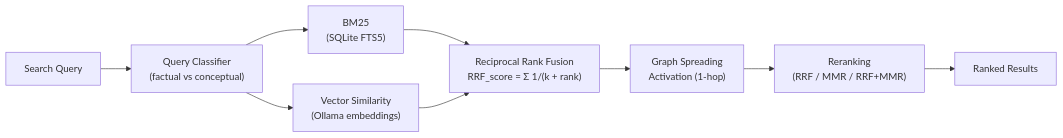
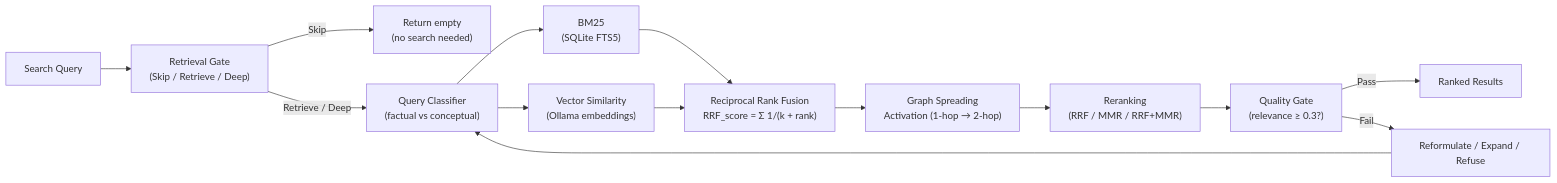
Before and after one commit to elisplash/paw: the second of 5 diagrams in ENGRAM.md, drawn with Mermaid. The commit also changed other lines of this file, not shown here.

First line of the commit message:
docs(engram): update Architecture Overview + Hybrid Search mermaid charts

````diff
--- a/ENGRAM.md
+++ b/ENGRAM.md
@@ -240,11 +280,16 @@
 ```mermaid
 flowchart LR
-    Q["Search Query"] --> CL["Query Classifier\n(factual vs conceptual)"]
+    Q["Search Query"] --> RG["Retrieval Gate\n(Skip / Retrieve / Deep)"]
+    RG -- Skip --> SKIP["Return empty\n(no search needed)"]
+    RG -- Retrieve / Deep --> CL["Query Classifier\n(factual vs conceptual)"]
     CL --> BM["BM25\n(SQLite FTS5)"]
     CL --> VS["Vector Similarity\n(Ollama embeddings)"]
     BM --> RRF["Reciprocal Rank Fusion\nRRF_score = Σ 1/(k + rank)"]
     VS --> RRF
-    RRF --> SA["Graph Spreading\nActivation (1-hop)"]
+    RRF --> SA["Graph Spreading\nActivation (1-hop → 2-hop)"]
     SA --> RR["Reranking\n(RRF / MMR / RRF+MMR)"]
-    RR --> R["Ranked Results"]
+    RR --> QG["Quality Gate\n(relevance ≥ 0.3?)"]
+    QG -- Pass --> R["Ranked Results"]
+    QG -- Fail --> RF["Reformulate / Expand / Refuse"]
+    RF --> CL
 ```
````
